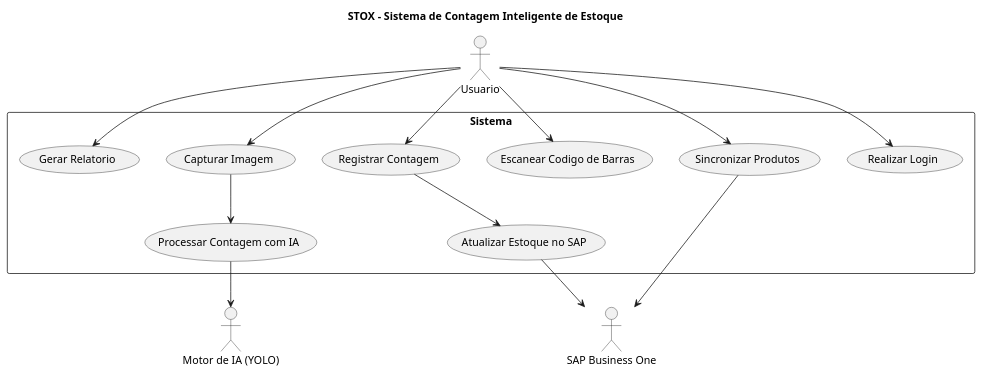
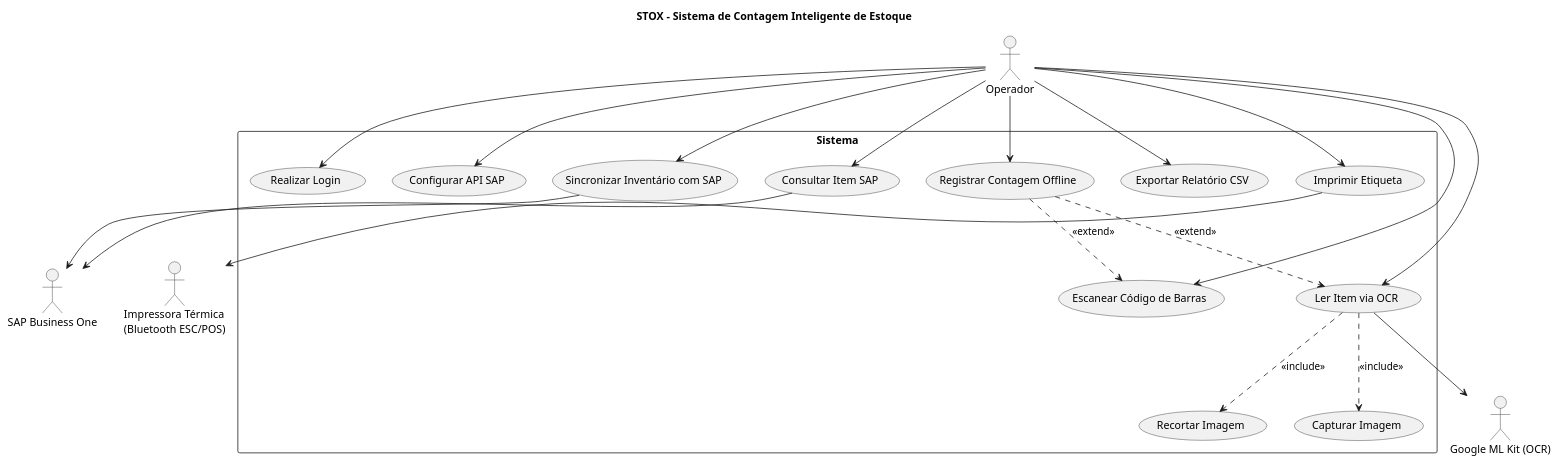
The diagram in docs/Diagrama de Casos de Uso.puml (marciofeob/P.Integrado---Desenvolvimento-Mobile), drawn with PlantUML before and after one commit. The commit also changed 17 other files, not shown here.

```diff
--- a/docs/Diagrama de Casos de Uso.puml
+++ b/docs/Diagrama de Casos de Uso.puml
@@ -1,34 +1,34 @@
 @startuml Estoque
 title STOX - Sistema de Contagem Inteligente de Estoque
 
-actor Usuario
+actor "Operador" as Usuario
 actor "SAP Business One" as SAP
-actor "Motor de IA (YOLO)" as IA
+actor "Google ML Kit (OCR)" as IA
+actor "Impressora Térmica\n(Bluetooth ESC/POS)" as Printer
 
 rectangle Sistema {
 
-Usuario --> (Realizar Login)
+  Usuario --> (Realizar Login)
+  Usuario --> (Configurar API SAP)
+  Usuario --> (Escanear Código de Barras)
+  Usuario --> (Ler Item via OCR)
+  Usuario --> (Registrar Contagem Offline)
+  Usuario --> (Sincronizar Inventário com SAP)
+  Usuario --> (Consultar Item SAP)
+  Usuario --> (Exportar Relatório CSV)
+  Usuario --> (Imprimir Etiqueta)
 
-Usuario --> (Sincronizar Produtos)
+  (Ler Item via OCR) ..> (Capturar Imagem) : <<include>>
+  (Ler Item via OCR) ..> (Recortar Imagem) : <<include>>
+  (Ler Item via OCR) --> IA
 
-Usuario --> (Escanear Codigo de Barras)
+  (Registrar Contagem Offline) ..> (Escanear Código de Barras) : <<extend>>
+  (Registrar Contagem Offline) ..> (Ler Item via OCR) : <<extend>>
 
-Usuario --> (Capturar Imagem)
-
-Usuario --> (Registrar Contagem)
-
-Usuario --> (Gerar Relatorio)
-
-(Capturar Imagem) --> (Processar Contagem com IA)
-
-(Processar Contagem com IA) --> IA
-
-(Sincronizar Produtos) --> SAP
-
-(Registrar Contagem) --> (Atualizar Estoque no SAP)
-
-(Atualizar Estoque no SAP) --> SAP
+  (Sincronizar Inventário com SAP) --> SAP
+  (Consultar Item SAP) --> SAP
+  (Imprimir Etiqueta) --> Printer
 
 }
 
 @enduml
```
